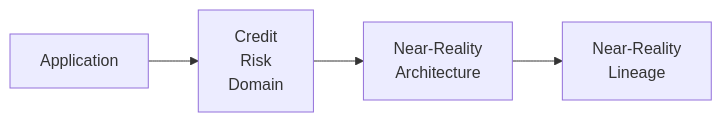
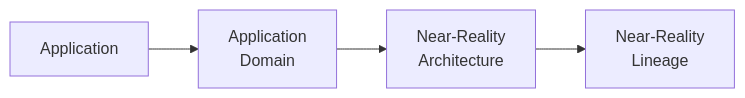
The first of 18 diagrams in papers/continuous-architecture-reconcilliation.md (jurgenei/jurgenei), drawn with Mermaid before and after one commit. The commit also changed other lines of this file, not shown here.

````diff
--- a/papers/continuous-architecture-reconcilliation.md
+++ b/papers/continuous-architecture-reconcilliation.md
@@ -34,13 +34,13 @@
 ```mermaid  
 flowchart LR  
 
 V[Application]  
-CR[Credit<br/>Risk<br/>Domain]  
+CR[Application<br/>Domain]  
 NRA[Near-Reality<br/>Architecture]  
 NRL[Near-Reality<br/>Lineage]  
 
 
 V --> CR  
 CR --> NRA  
 NRA --> NRL  
 ```
````
